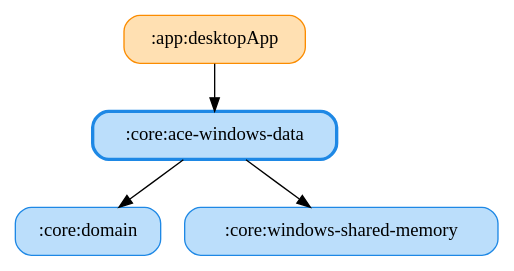
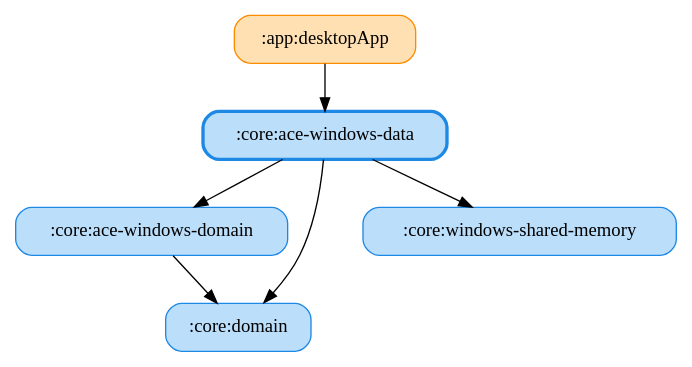
Before and after one commit to ai-kurou/KoDriver: the diagram in docs/graphs/core-ace-windows-data.gv, drawn with Graphviz. The commit also changed 34 other files, not shown here.

Commit message:
chore: update module graph images

```diff
--- a/docs/graphs/core-ace-windows-data.gv
+++ b/docs/graphs/core-ace-windows-data.gv
@@ -1,11 +1,14 @@
 digraph G {
   rankdir=TB
   node [shape=box, style="rounded,filled"]
   ":app:desktopApp" [fillcolor="#FFE0B2", color="#FB8C00", penwidth=1]
   ":core:ace-windows-data" [fillcolor="#BBDEFB", color="#1E88E5", penwidth=2.5]
+  ":core:ace-windows-domain" [fillcolor="#BBDEFB", color="#1E88E5", penwidth=1]
   ":core:domain" [fillcolor="#BBDEFB", color="#1E88E5", penwidth=1]
   ":core:windows-shared-memory" [fillcolor="#BBDEFB", color="#1E88E5", penwidth=1]
   ":app:desktopApp" -> ":core:ace-windows-data"
   ":core:ace-windows-data" -> ":core:domain"
+  ":core:ace-windows-data" -> ":core:ace-windows-domain"
   ":core:ace-windows-data" -> ":core:windows-shared-memory"
+  ":core:ace-windows-domain" -> ":core:domain"
 }
```
